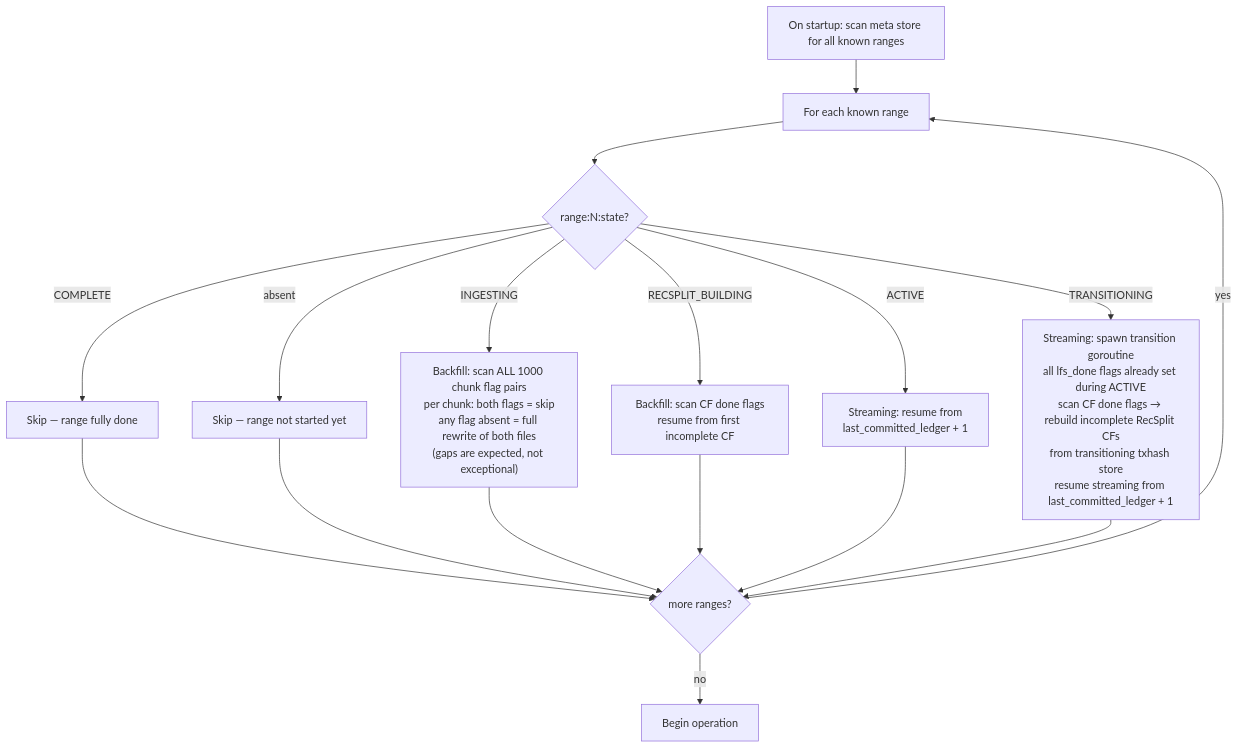
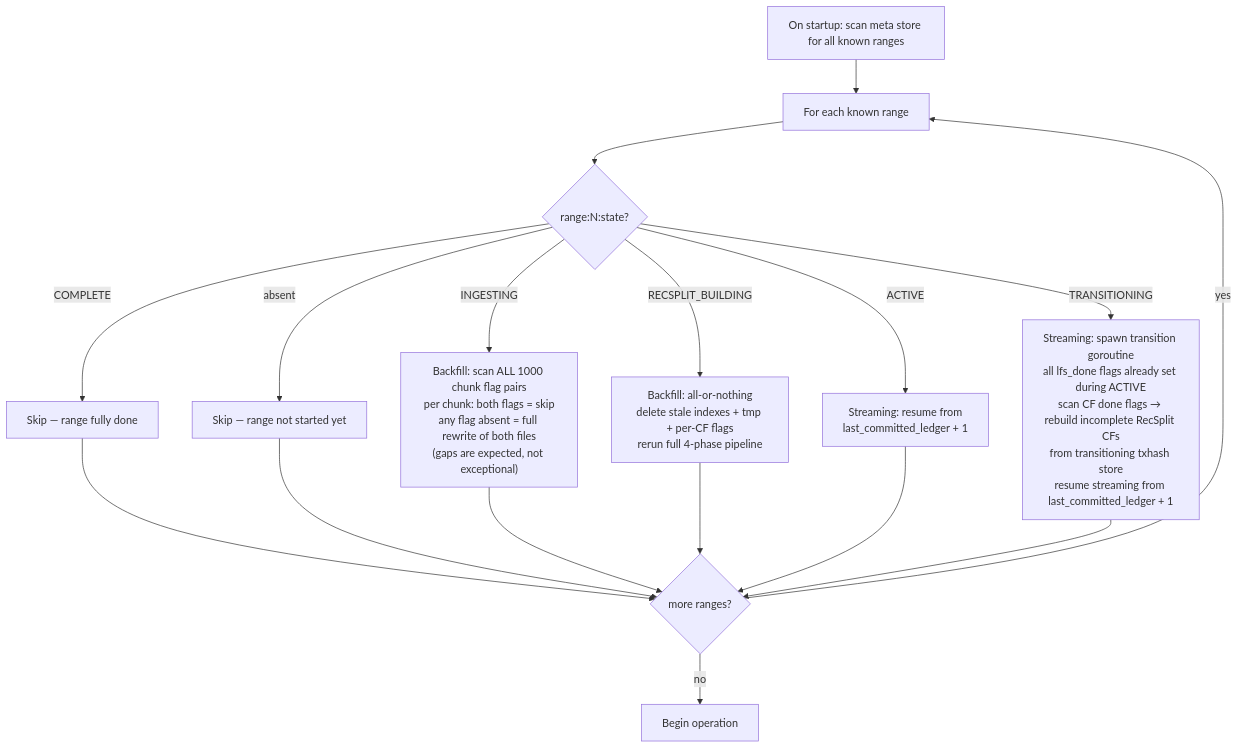
Before and after one commit to stellar/stellar-rpc: the fourth of 4 diagrams in full-history/design-docs/07-crash-recovery.md, drawn with Mermaid. The commit also changed other lines of this file and 6 other files, not shown here.

First line of the commit message:
Update design docs for 4-phase RecSplit pipeline and per-CF bookkeeping

````diff
--- a/full-history/design-docs/07-crash-recovery.md
+++ b/full-history/design-docs/07-crash-recovery.md
@@ -1545,19 +1523,19 @@
 ```mermaid
 flowchart TD
     START["On startup: scan meta store for all known ranges"] --> FOREACH["For each known range"]
     FOREACH --> RS{range:N:state?}
     RS -->|COMPLETE| SKIP["Skip — range fully done"]
     RS -->|absent| SKIP2["Skip — range not started yet"]
     RS -->|INGESTING| BACKFILL_RESUME["Backfill: scan ALL 1000 chunk flag pairs<br/>per chunk: both flags = skip<br/>any flag absent = full rewrite of both files<br/>(gaps are expected, not exceptional)"]
-    RS -->|RECSPLIT_BUILDING| RECSPLIT_RESUME["Backfill: scan CF done flags<br/>resume from first incomplete CF"]
+    RS -->|RECSPLIT_BUILDING| RECSPLIT_RESUME["Backfill: all-or-nothing<br/>delete stale indexes + tmp + per-CF flags<br/>rerun full 4-phase pipeline"]
     RS -->|ACTIVE| STREAMING_RESUME["Streaming: resume from<br/>last_committed_ledger + 1"]
     RS -->|TRANSITIONING| TRANS_RESUME["Streaming: spawn transition goroutine<br/>all lfs_done flags already set during ACTIVE<br/>scan CF done flags → rebuild incomplete RecSplit CFs<br/>from transitioning txhash store<br/>resume streaming from last_committed_ledger + 1"]
     SKIP --> NEXT{more ranges?}
     SKIP2 --> NEXT
     BACKFILL_RESUME --> NEXT
     RECSPLIT_RESUME --> NEXT
     STREAMING_RESUME --> NEXT
     TRANS_RESUME --> NEXT
     NEXT -->|yes| FOREACH
     NEXT -->|no| OPERATE["Begin operation"]
 ```
````
